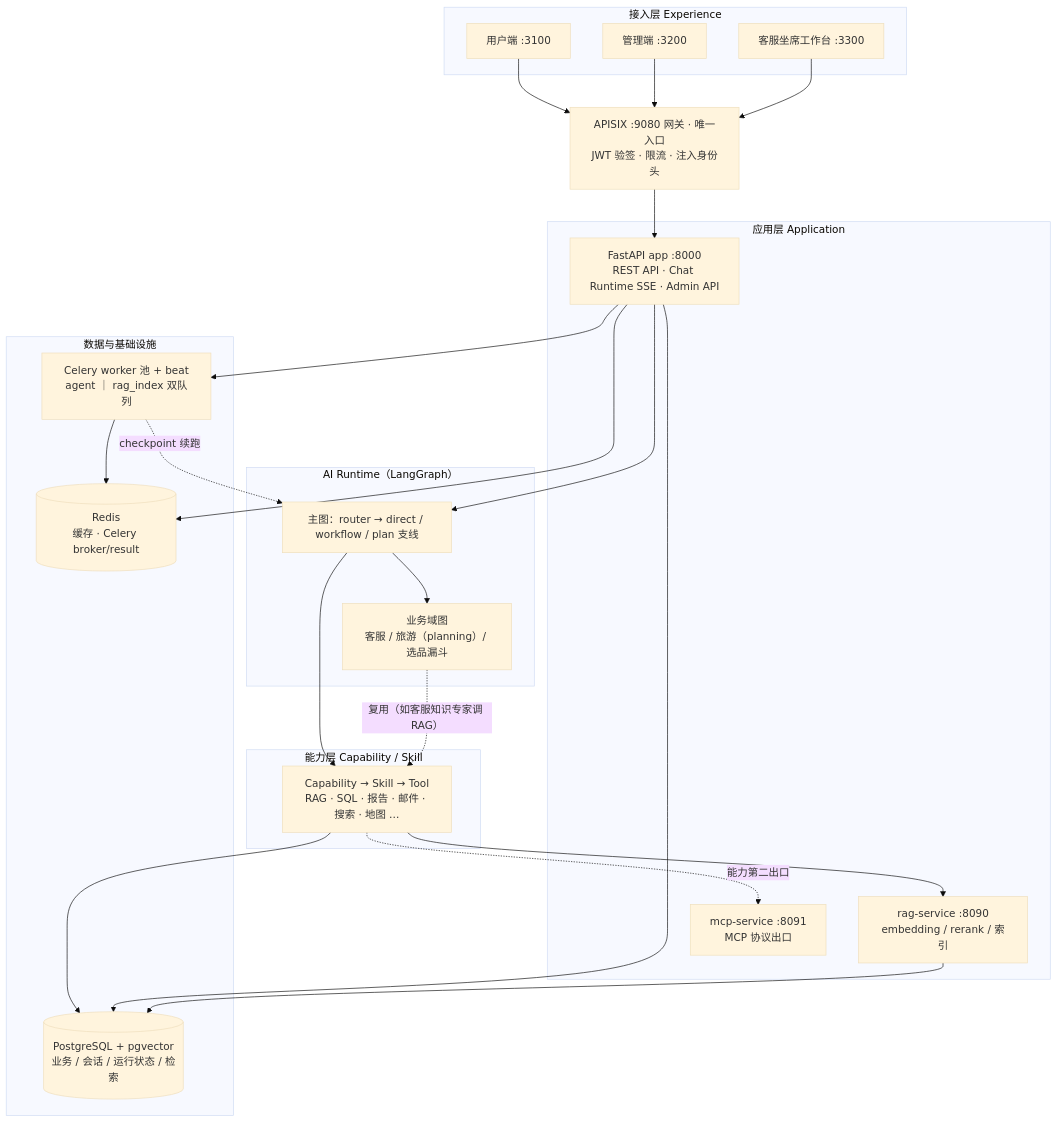
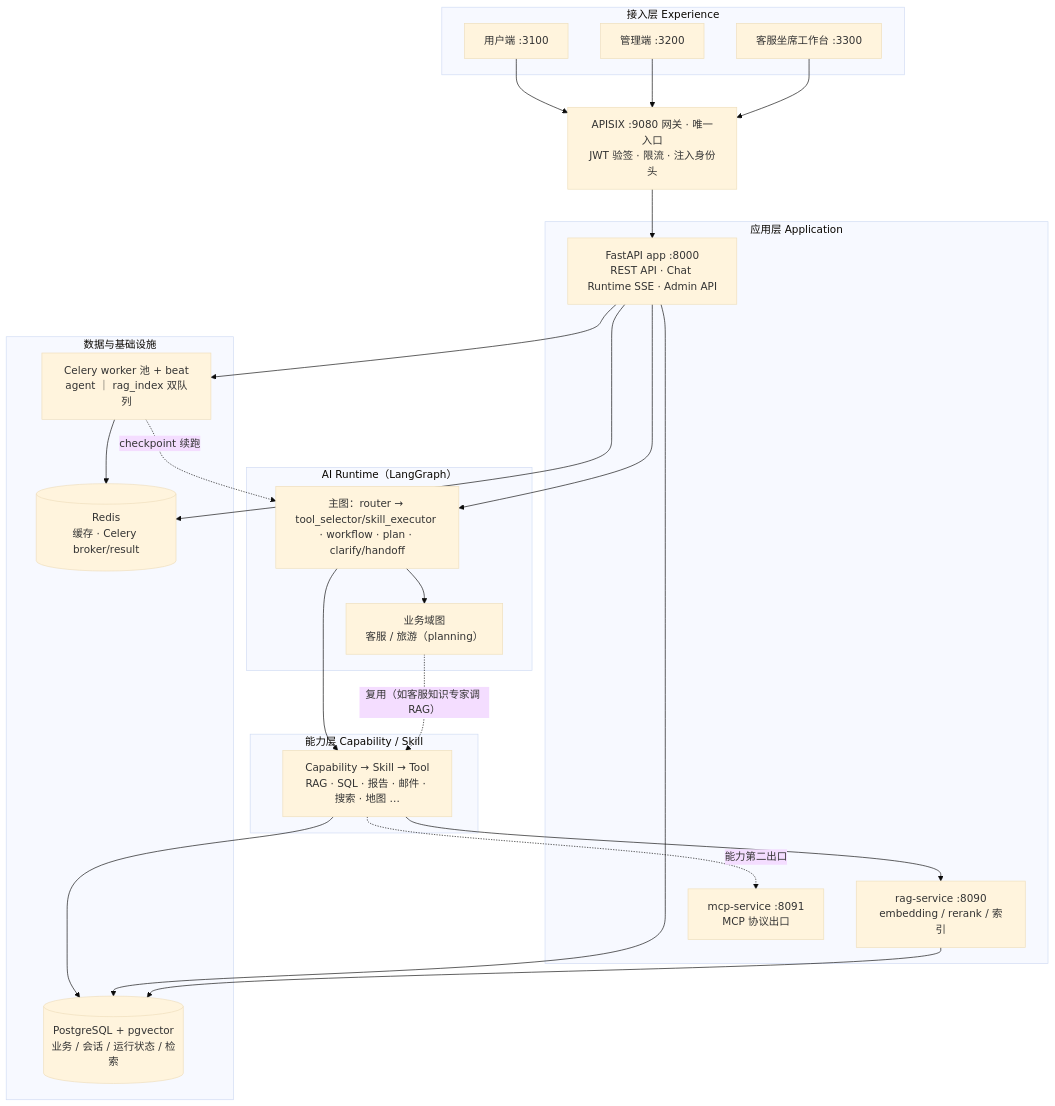
One commit to Jayus-07/agent changed the first of 2 diagrams in README.md. Above: the diagram before and after it, drawn with Mermaid (base theme). The commit also changed other lines of this file and 16 other files, not shown here.

````diff
--- a/README.md
+++ b/README.md
@@ -15,49 +15,49 @@
 ```mermaid
 flowchart TB
     subgraph EXP["接入层 Experience"]
         WEB["用户端 :3100"]
         ADM["管理端 :3200"]
         CSW["客服坐席工作台 :3300"]
     end
 
     GW["APISIX :9080 网关 · 唯一入口<br/>JWT 验签 · 限流 · 注入身份头"]
 
     subgraph APPL["应用层 Application"]
         APP["FastAPI app :8000<br/>REST API · Chat Runtime SSE · Admin API"]
         RAGS["rag-service :8090<br/>embedding / rerank / 索引"]
         MCPS["mcp-service :8091<br/>MCP 协议出口"]
     end
 
     subgraph AIRT["AI Runtime（LangGraph）"]
-        MAIN["主图：router → direct / workflow / plan 支线"]
-        DOM["业务域图<br/>客服 / 旅游（planning）/ 选品漏斗"]
+        MAIN["主图：router → tool_selector/skill_executor · workflow · plan · clarify/handoff"]
+        DOM["业务域图<br/>客服 / 旅游（planning）"]
     end
 
     subgraph CAPL["能力层 Capability / Skill"]
         SK["Capability → Skill → Tool<br/>RAG · SQL · 报告 · 邮件 · 搜索 · 地图 …"]
     end
 
     subgraph INFRA["数据与基础设施"]
         PG[("PostgreSQL + pgvector<br/>业务 / 会话 / 运行状态 / 检索")]
         RD[("Redis<br/>缓存 · Celery broker/result")]
         CEL["Celery worker 池 + beat<br/>agent ｜ rag_index 双队列"]
     end
 
     WEB --> GW
     ADM --> GW
     CSW --> GW
     GW --> APP
     APP --> MAIN
     MAIN --> DOM
     MAIN --> SK
     DOM -.->|"复用（如客服知识专家调 RAG）"| SK
     SK --> RAGS
     SK --> PG
     APP --> CEL
     APP --> PG
     APP --> RD
     CEL --> RD
     RAGS --> PG
     SK -.->|"能力第二出口"| MCPS
     CEL -.->|"checkpoint 续跑"| MAIN
 ```
````
